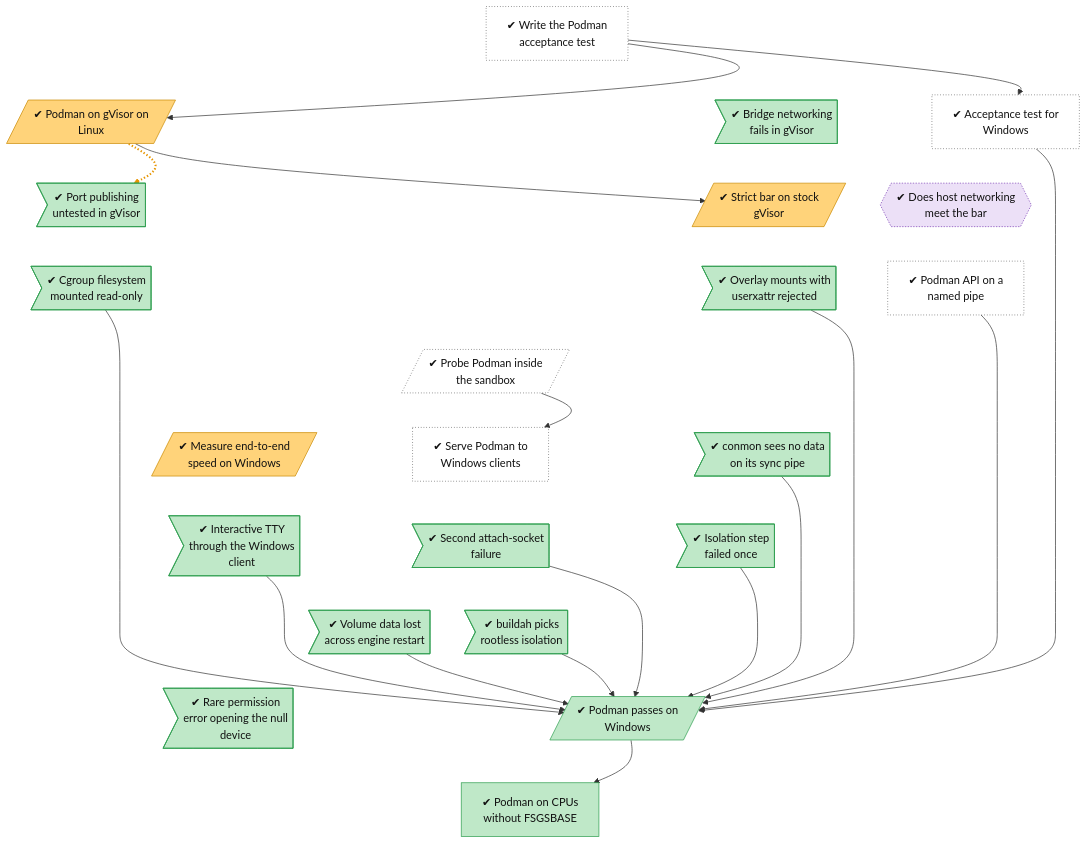
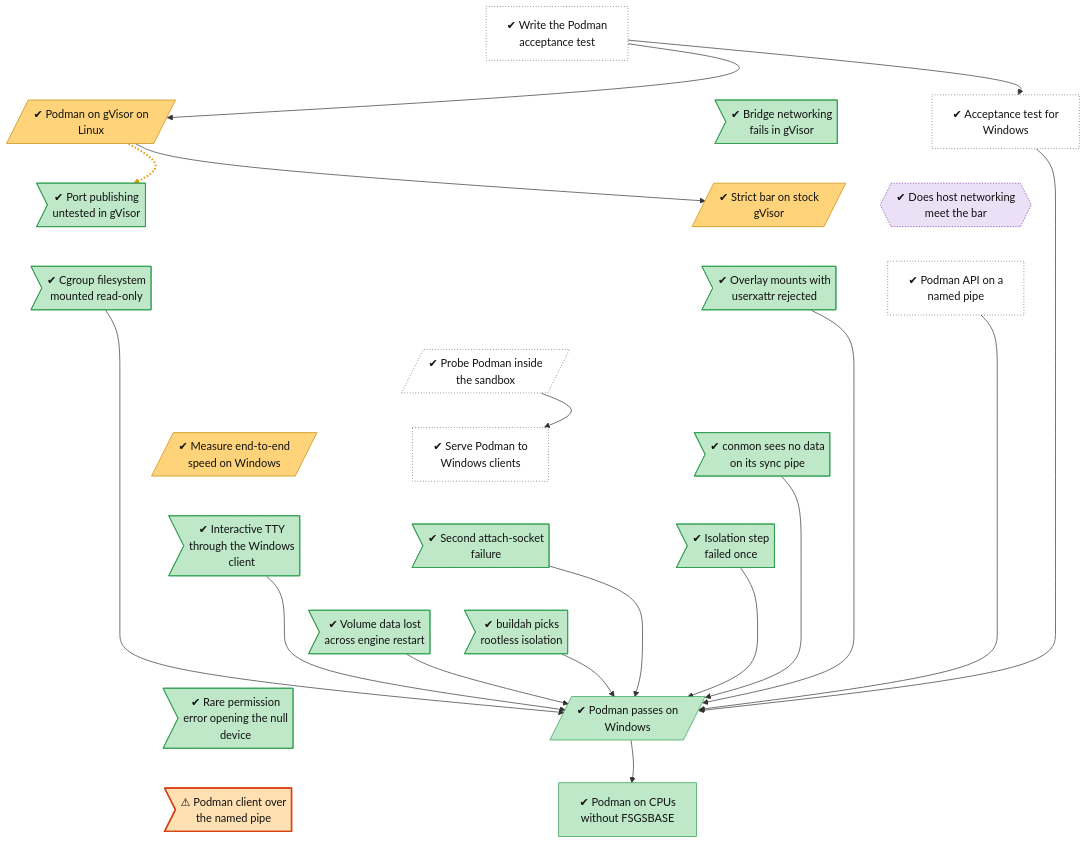
The diagram in docs/roadmap/tracks/workloads.md (lhns/gvisor-windows), drawn with Mermaid before and after one commit. The commit also changed other lines of this file and 5 other files, not shown here.

Commit message:
Tree: CI on push only; client-on-pipe and PIE text-cache defects

````diff
--- a/docs/roadmap/tracks/workloads.md
+++ b/docs/roadmap/tracks/workloads.md
@@ -31,6 +31,7 @@
     workloads_podman_on_windows[/"✔ Podman passes on<br/>Windows"/]
     workloads_dev_null_eacces>"✔ Rare permission<br/>error opening the null<br/>device"]
     workloads_podman_without_fsgsbase["✔ Podman on CPUs<br/>without FSGSBASE"]
+    workloads_podman_client_on_pipe>"⚠ Podman client over<br/>the named pipe"]
     workloads_acceptance_test ~~~ workloads_podman_on_gvisor_linux
     workloads_acceptance_test ~~~ workloads_acceptance_test_windows
     workloads_acceptance_test ~~~ workloads_gvisor_bridge_netlink
@@ -55,7 +56,7 @@
     workloads_volume_lost_on_restart ~~~ workloads_podman_on_windows
     workloads_buildah_thinks_rootless ~~~ workloads_dev_null_eacces
     workloads_podman_on_windows ~~~ workloads_podman_without_fsgsbase
-    workloads_dev_null_eacces ~~~ workloads_podman_without_fsgsbase
+    workloads_dev_null_eacces ~~~ workloads_podman_client_on_pipe
     workloads_acceptance_test --> workloads_podman_on_gvisor_linux
     workloads_podman_on_gvisor_linux -.-> workloads_gvisor_port_publishing
     workloads_acceptance_test --> workloads_acceptance_test_windows
@@ -91,4 +92,5 @@
     class workloads_podman_on_gvisor_linux,workloads_strict_bar_linux,workloads_end_to_end_speed mixed
     class workloads_gvisor_bridge_netlink,workloads_gvisor_port_publishing,workloads_gvisor_cgroupfs_readonly,workloads_overlay_userxattr,workloads_conmon_sync_pipe,workloads_conmon_attach_second_cause,workloads_tty_through_windows_client,workloads_isolation_flake,workloads_volume_lost_on_restart,workloads_buildah_thinks_rootless,workloads_podman_on_windows,workloads_dev_null_eacces,workloads_podman_without_fsgsbase succ
     class workloads_bar_host_network decided
+    class workloads_podman_client_on_pipe finding
 ```
````
